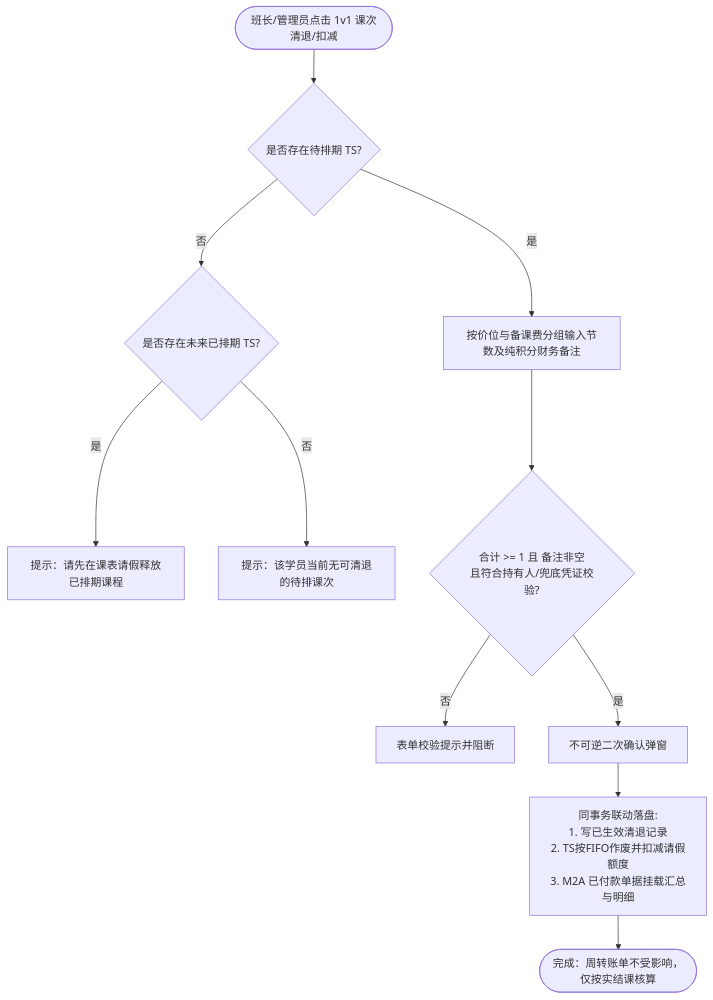
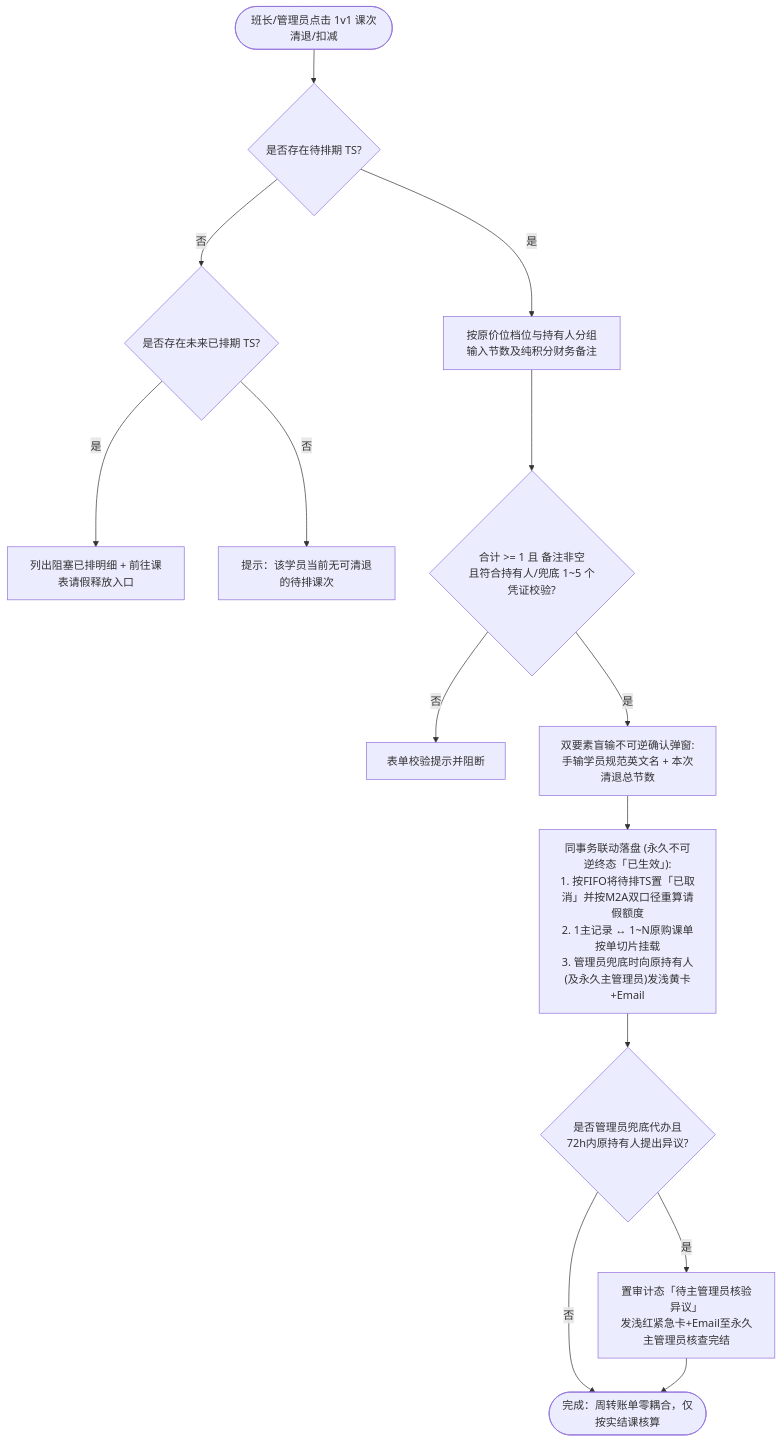
One commit to Onezao/dream changed the second of 2 diagrams in docs/prd/m2b_refund_orders.md. Above: the diagram before and after it, drawn with Mermaid. The commit also changed other lines of this file and 34 other files, not shown here.

````diff
--- a/docs/prd/m2b_refund_orders.md
+++ b/docs/prd/m2b_refund_orders.md
@@ -139,13 +147,16 @@
 ```mermaid
 flowchart TD
     Start([班长/管理员点击 1v1 课次清退/扣减]) --> HasAny{是否存在待排期 TS?}
     HasAny -- 否 --> HasSched{是否存在未来已排期 TS?}
-    HasSched -- 是 --> TipRelease[提示：请先在课表请假释放已排期课程]
+    HasSched -- 是 --> TipRelease[列出阻塞已排明细 + 前往课表请假释放入口]
     HasSched -- 否 --> TipEmpty[提示：该学员当前无可清退的待排课次]
-    HasAny -- 是 --> FillForm[按价位与备课费分组输入节数及纯积分财务备注]
-    FillForm --> Validate{合计 >= 1 且 备注非空\n且符合持有人/兜底凭证校验?}
+    HasAny -- 是 --> FillForm[按原价位档位与持有人分组输入节数及纯积分财务备注]
+    FillForm --> Validate{合计 >= 1 且 备注非空\n且符合持有人/兜底 1~5 个凭证校验?}
     Validate -- 否 --> ErrTip[表单校验提示并阻断]
-    Validate -- 是 --> Confirm[不可逆二次确认弹窗]
-    Confirm --> Exec["同事务联动落盘:\n1. 写已生效清退记录\n2. TS按FIFO作废并扣减请假额度\n3. M2A 已付款单据挂载汇总与明细"]
-    Exec --> End([完成：周转账单不受影响，仅按实结课核算])
+    Validate -- 是 --> DualConfirm[双要素盲输不可逆确认弹窗:\n手输学员规范英文名 + 本次清退总节数]
+    DualConfirm --> Exec["同事务联动落盘 (永久不可逆终态「已生效」):\n1. 按FIFO将待排TS置「已取消」并按M2A双口径重算请假额度\n2. 1主记录 ↔ 1~N原购课单按单切片挂载\n3. 管理员兜底时向原持有人(及永久主管理员)发浅黄卡+Email"]
+    Exec --> ProxyDispute{是否管理员兜底代办且\n72h内原持有人提出异议?}
+    ProxyDispute -- 是 --> Appeal[置审计态「待主管理员核验异议」\n发浅红紧急卡+Email至永久主管理员核查完结]
+    ProxyDispute -- 否 --> End([完成：周转账单零耦合，仅按实结课核算])
+    Appeal --> End
 ```
````
